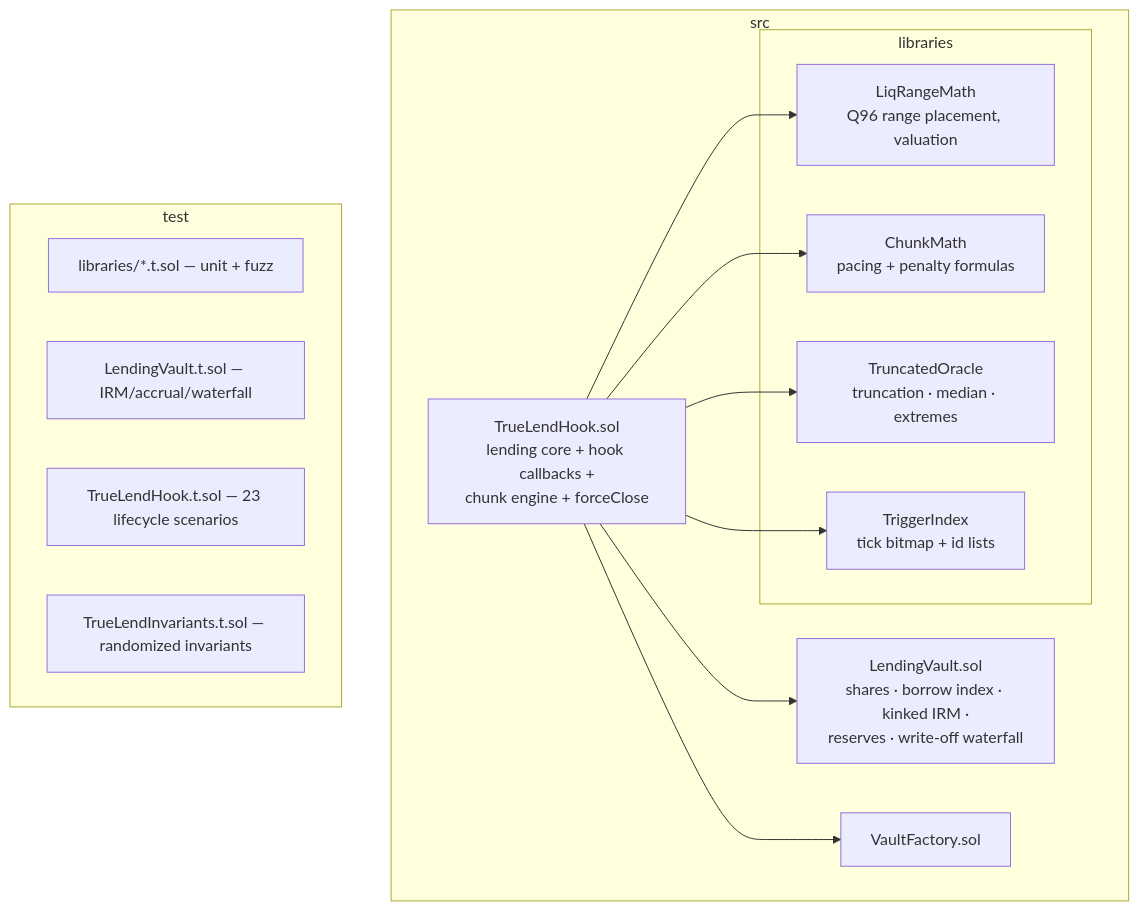
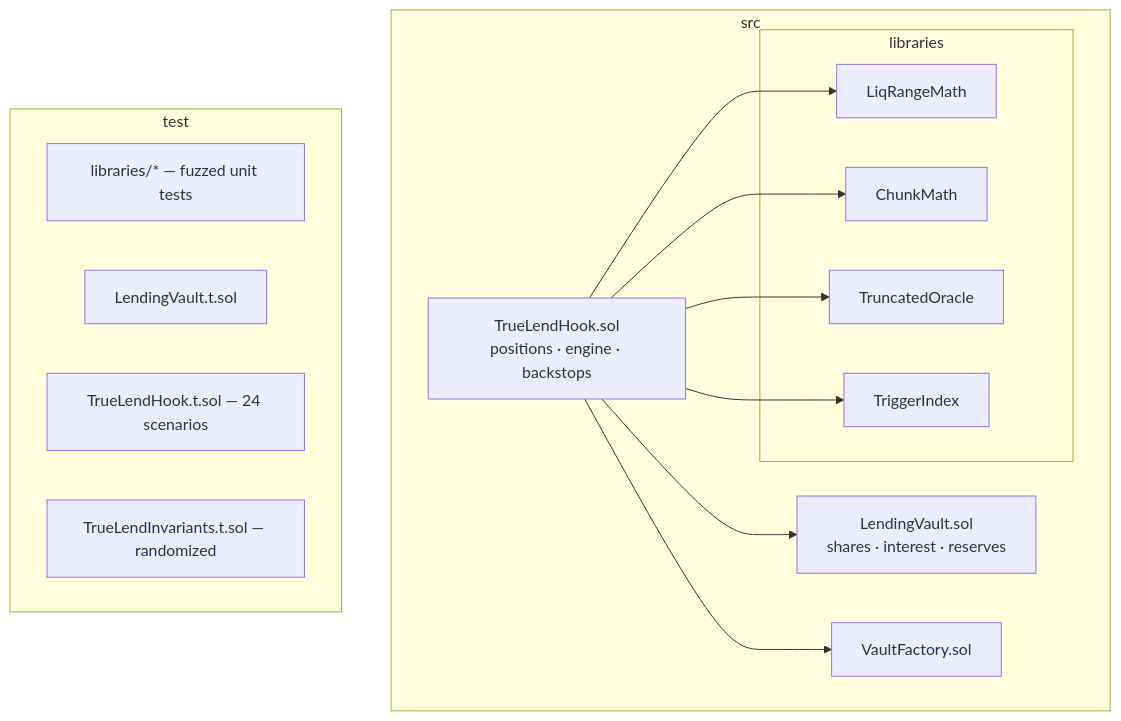
One commit to queenleoa/TrueLend changed the third of 5 diagrams in DESIGN.md. Above: the diagram before and after it, drawn with Mermaid. The commit also changed other lines of this file and 7 other files, not shown here.

````diff
--- a/DESIGN.md
+++ b/DESIGN.md
@@ -111,22 +133,22 @@
 ```mermaid
 flowchart TB
     subgraph src
-        HOOK["TrueLendHook.sol<br/>lending core + hook callbacks +<br/>chunk engine + forceClose"]
-        VAULT["LendingVault.sol<br/>shares · borrow index · kinked IRM ·<br/>reserves · write-off waterfall"]
+        HOOK["TrueLendHook.sol<br/>positions · engine · backstops"]
+        VAULT["LendingVault.sol<br/>shares · interest · reserves"]
         FACT["VaultFactory.sol"]
         subgraph libraries
-            LRM["LiqRangeMath<br/>Q96 range placement, valuation"]
-            CM["ChunkMath<br/>pacing + penalty formulas"]
-            TO["TruncatedOracle<br/>truncation · median · extremes"]
-            TI["TriggerIndex<br/>tick bitmap + id lists"]
+            LRM["LiqRangeMath"]
+            CM["ChunkMath"]
+            TO["TruncatedOracle"]
+            TI["TriggerIndex"]
         end
     end
     subgraph test
-        T1["libraries/*.t.sol — unit + fuzz"]
-        T2["LendingVault.t.sol — IRM/accrual/waterfall"]
-        T3["TrueLendHook.t.sol — 23 lifecycle scenarios"]
-        T4["TrueLendInvariants.t.sol — randomized invariants"]
+        T1["libraries/* — fuzzed unit tests"]
+        T2["LendingVault.t.sol"]
+        T3["TrueLendHook.t.sol — 24 scenarios"]
+        T4["TrueLendInvariants.t.sol — randomized"]
     end
     HOOK --> VAULT & LRM & CM & TO & TI
     HOOK --> FACT
 ```
````
